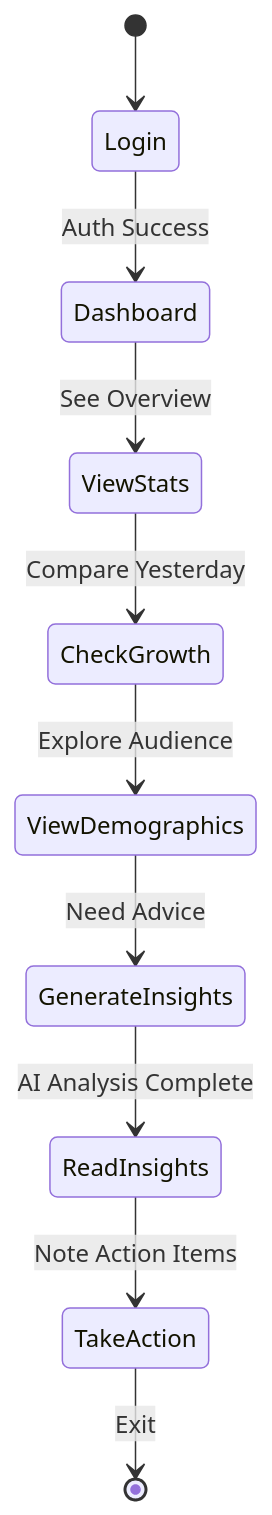
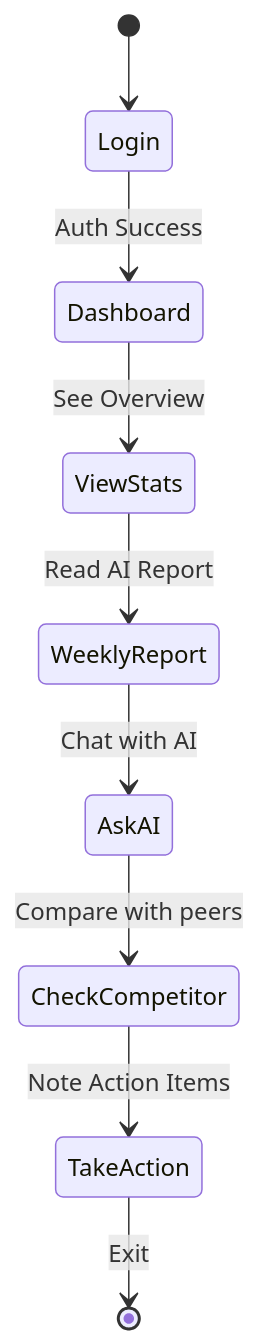
Before and after one commit to ritwikvats/creatoriq: the sixth of 6 diagrams in PRD.md, drawn with Mermaid. The commit also changed other lines of this file and 1 other file, not shown here.

````diff
--- a/PRD.md
+++ b/PRD.md
@@ -421,12 +458,11 @@
 ```mermaid
 stateDiagram-v2
     [*] --> Login
     Login --> Dashboard: Auth Success
     Dashboard --> ViewStats: See Overview
-    ViewStats --> CheckGrowth: Compare Yesterday
-    CheckGrowth --> ViewDemographics: Explore Audience
-    ViewDemographics --> GenerateInsights: Need Advice
-    GenerateInsights --> ReadInsights: AI Analysis Complete
-    ReadInsights --> TakeAction: Note Action Items
+    ViewStats --> WeeklyReport: Read AI Report
+    WeeklyReport --> AskAI: Chat with AI
+    AskAI --> CheckCompetitor: Compare with peers
+    CheckCompetitor --> TakeAction: Note Action Items
     TakeAction --> [*]: Exit
 ```
````
